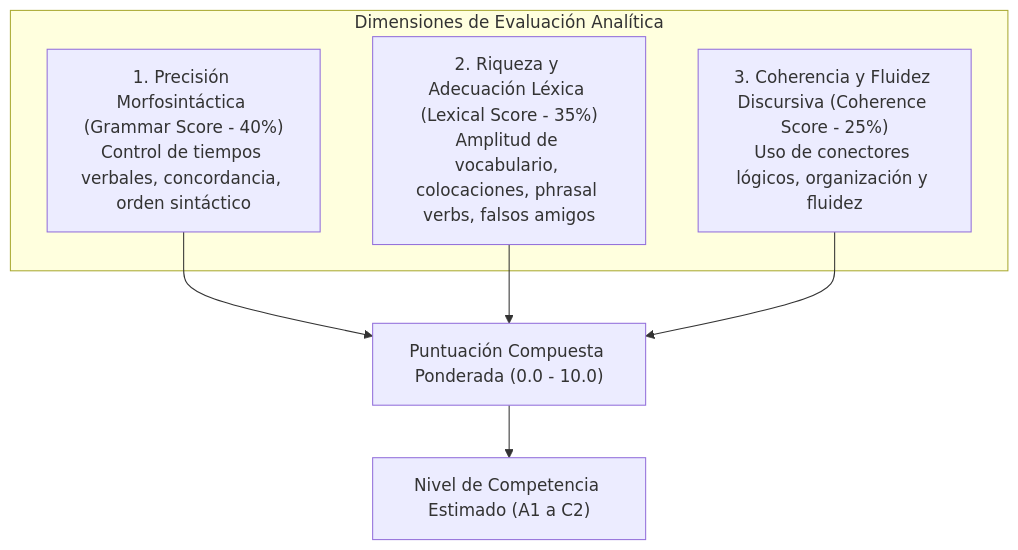
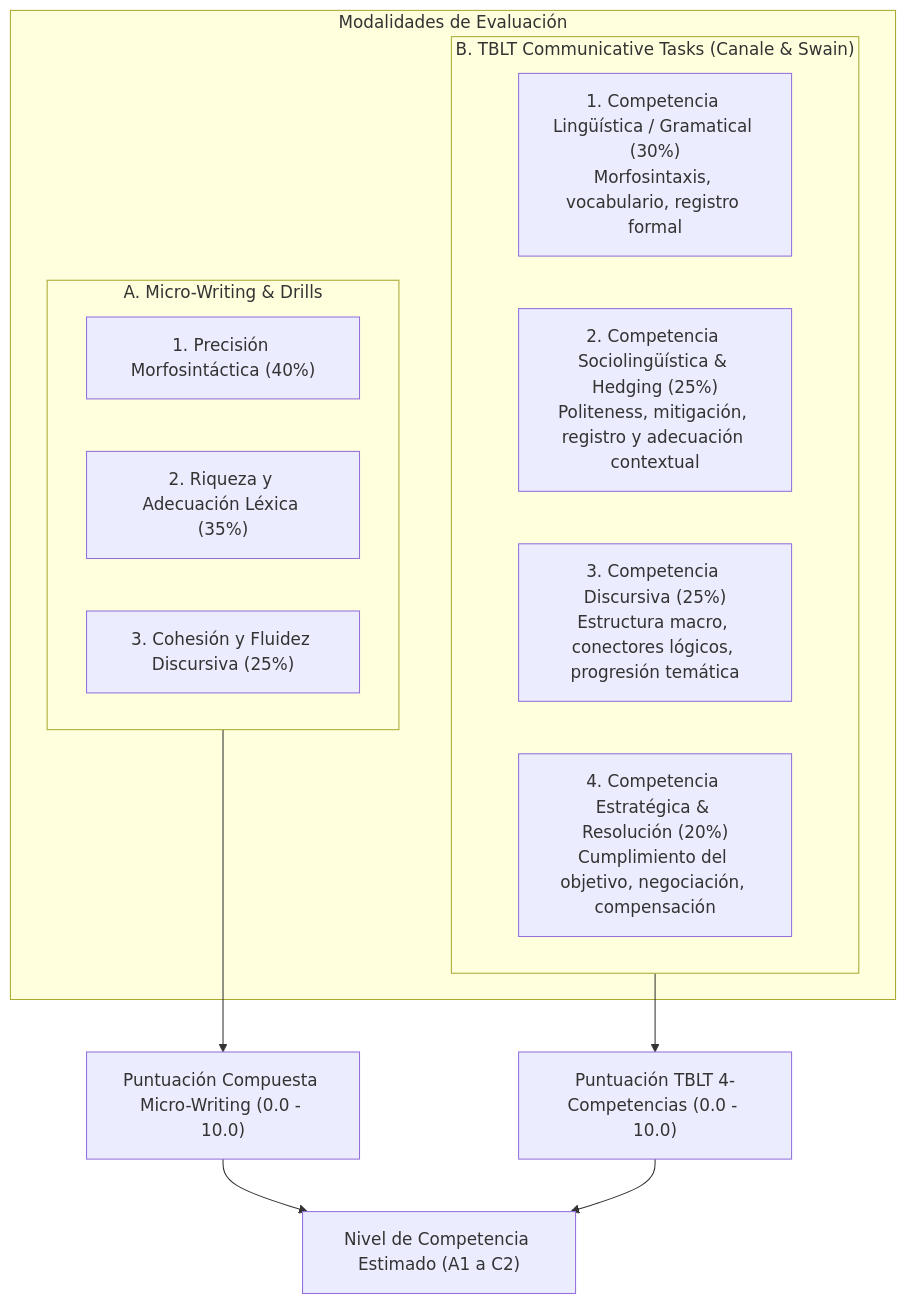
One commit to JosGRM21/english_learning_assistant changed the diagram in docs/06_ai_specifications/evaluation_rubrics.md. Above: the diagram before and after it, drawn with Mermaid. The commit also changed other lines of this file and 142 other files, not shown here.

````diff
--- a/docs/06_ai_specifications/evaluation_rubrics.md
+++ b/docs/06_ai_specifications/evaluation_rubrics.md
@@ -12,13 +14,22 @@
 ```mermaid
 graph TD
-    subgraph Rubricas["Dimensiones de Evaluación Analítica"]
-        Dim1["1. Precisión Morfosintáctica (Grammar Score - 40%)<br/>Control de tiempos verbales, concordancia, orden sintáctico"]
-        Dim2["2. Riqueza y Adecuación Léxica (Lexical Score - 35%)<br/>Amplitud de vocabulario, colocaciones, phrasal verbs, falsos amigos"]
-        Dim3["3. Coherencia y Fluidez Discursiva (Coherence Score - 25%)<br/>Uso de conectores lógicos, organización y fluidez"]
+    subgraph EvaluacionModos["Modalidades de Evaluación"]
+        subgraph MicroWriting["A. Micro-Writing & Drills"]
+            Dim1["1. Precisión Morfosintáctica (40%)"]
+            Dim2["2. Riqueza y Adecuación Léxica (35%)"]
+            Dim3["3. Cohesión y Fluidez Discursiva (25%)"]
+        end
+
+        subgraph TBLT["B. TBLT Communicative Tasks (Canale & Swain)"]
+            CompLing["1. Competencia Lingüística / Gramatical (30%)<br/>Morfosintaxis, vocabulario, registro formal"]
+            CompSocio["2. Competencia Sociolingüística & Hedging (25%)<br/>Politeness, mitigación, registro y adecuación contextual"]
+            CompDisc["3. Competencia Discursiva (25%)<br/>Estructura macro, conectores lógicos, progresión temática"]
+            CompStrat["4. Competencia Estratégica & Resolución (20%)<br/>Cumplimiento del objetivo, negociación, compensación"]
+        end
     end
 
-    Dim1 --> Composite["Puntuación Compuesta Ponderada (0.0 - 10.0)"]
-    Dim2 --> Composite
-    Dim3 --> Composite
-    Composite --> CEFR["Nivel de Competencia Estimado (A1 a C2)"]
+    MicroWriting --> CompGeneral["Puntuación Compuesta Micro-Writing (0.0 - 10.0)"]
+    TBLT --> CompTBLT["Puntuación TBLT 4-Competencias (0.0 - 10.0)"]
+    CompGeneral --> CEFR["Nivel de Competencia Estimado (A1 a C2)"]
+    CompTBLT --> CEFR
 ```
````
